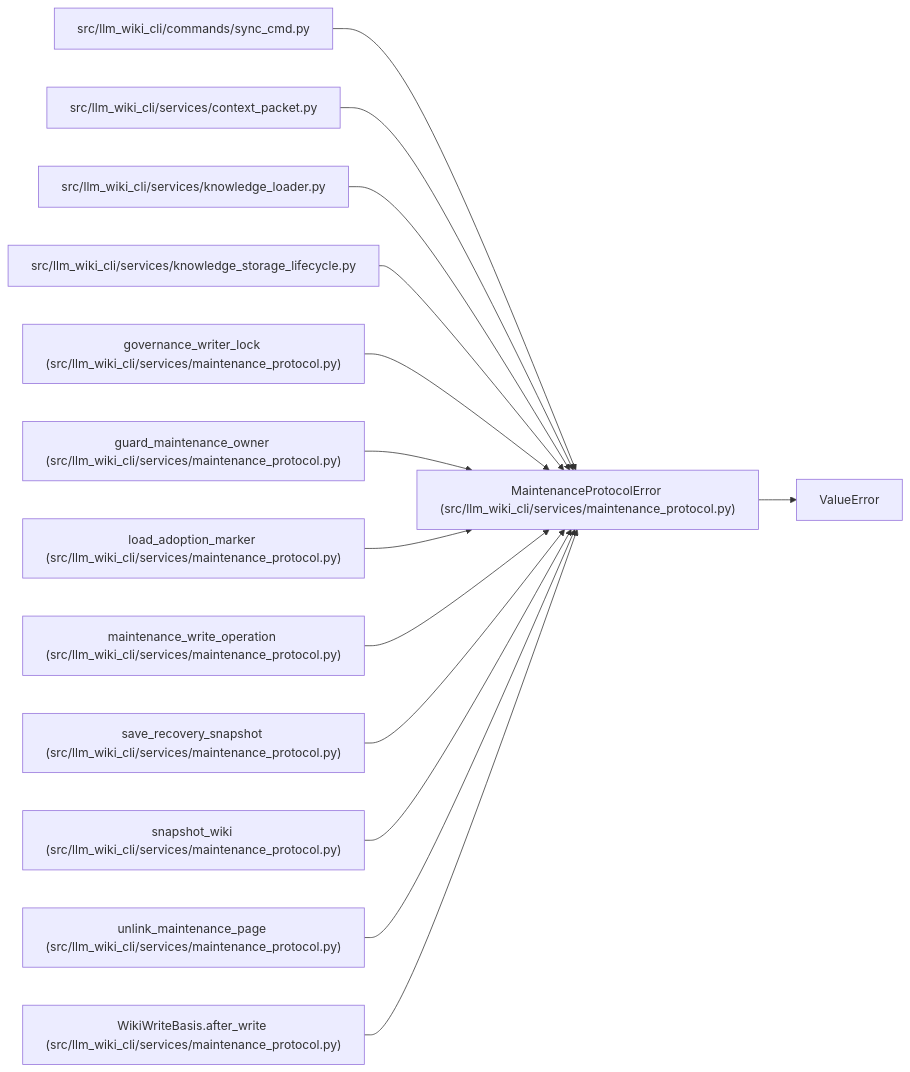
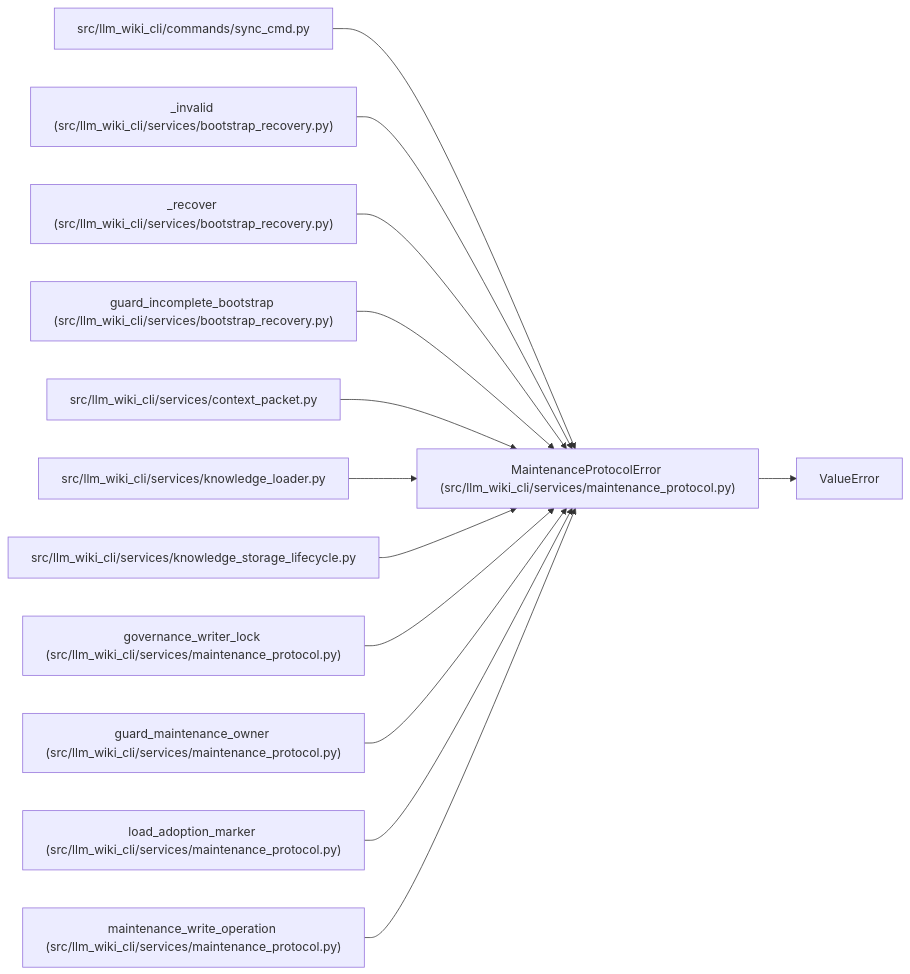
One commit to Denissvgn/python-wiki-llm changed the diagram in docs/llm_wiki/entities/MaintenanceProtocolError.md. Above: the diagram before and after it, drawn with Mermaid. The commit also changed other lines of this file and 303 other files, not shown here.

Commit message:
docs: refresh wiki for bootstrap recovery and helper validation

````diff
--- a/docs/llm_wiki/entities/MaintenanceProtocolError.md
+++ b/docs/llm_wiki/entities/MaintenanceProtocolError.md
@@ -25,43 +25,40 @@
 ```mermaid
 flowchart LR
     n0["MaintenanceProtocolError (src/llm_wiki_cli/services/maintenance_protocol.py)"]
     n1["ValueError"]
     n2["src/llm_wiki_cli/commands/sync_cmd.py"]
-    n3["src/llm_wiki_cli/services/context_packet.py"]
-    n4["src/llm_wiki_cli/services/knowledge_loader.py"]
-    n5["src/llm_wiki_cli/services/knowledge_storage_lifecycle.py"]
-    n6["governance_writer_lock (src/llm_wiki_cli/services/maintenance_protocol.py)"]
-    n7["guard_maintenance_owner (src/llm_wiki_cli/services/maintenance_protocol.py)"]
-    n8["load_adoption_marker (src/llm_wiki_cli/services/maintenance_protocol.py)"]
-    n9["maintenance_write_operation (src/llm_wiki_cli/services/maintenance_protocol.py)"]
-    n10["save_recovery_snapshot (src/llm_wiki_cli/services/maintenance_protocol.py)"]
-    n11["snapshot_wiki (src/llm_wiki_cli/services/maintenance_protocol.py)"]
-    n12["unlink_maintenance_page (src/llm_wiki_cli/services/maintenance_protocol.py)"]
-    n13["WikiWriteBasis.after_write (src/llm_wiki_cli/services/maintenance_protocol.py)"]
+    n3["_invalid (src/llm_wiki_cli/services/bootstrap_recovery.py)"]
+    n4["_recover (src/llm_wiki_cli/services/bootstrap_recovery.py)"]
+    n5["guard_incomplete_bootstrap (src/llm_wiki_cli/services/bootstrap_recovery.py)"]
+    n6["src/llm_wiki_cli/services/context_packet.py"]
+    n7["src/llm_wiki_cli/services/knowledge_loader.py"]
+    n8["src/llm_wiki_cli/services/knowledge_storage_lifecycle.py"]
+    n9["governance_writer_lock (src/llm_wiki_cli/services/maintenance_protocol.py)"]
+    n10["guard_maintenance_owner (src/llm_wiki_cli/services/maintenance_protocol.py)"]
+    n11["load_adoption_marker (src/llm_wiki_cli/services/maintenance_protocol.py)"]
+    n12["maintenance_write_operation (src/llm_wiki_cli/services/maintenance_protocol.py)"]
     n0 --> n1
     n2 --> n0
     n3 --> n0
     n4 --> n0
     n5 --> n0
     n6 --> n0
     n7 --> n0
     n8 --> n0
     n9 --> n0
     n10 --> n0
     n11 --> n0
     n12 --> n0
-    n13 --> n0
     click n0 "../modules/maintenance_protocol.md"
     click n2 "../modules/sync_cmd.md"
-    click n3 "../modules/context_packet.md"
-    click n4 "../modules/knowledge_loader.md"
-    click n5 "../modules/knowledge_storage_lifecycle.md"
-    click n6 "../modules/maintenance_protocol.md"
-    click n7 "../modules/maintenance_protocol.md"
-    click n8 "../modules/maintenance_protocol.md"
+    click n3 "../modules/bootstrap_recovery.md"
+    click n4 "../modules/bootstrap_recovery.md"
+    click n5 "../modules/bootstrap_recovery.md"
+    click n6 "../modules/context_packet.md"
+    click n7 "../modules/knowledge_loader.md"
+    click n8 "../modules/knowledge_storage_lifecycle.md"
     click n9 "../modules/maintenance_protocol.md"
     click n10 "../modules/maintenance_protocol.md"
     click n11 "../modules/maintenance_protocol.md"
     click n12 "../modules/maintenance_protocol.md"
-    click n13 "../modules/maintenance_protocol.md"
 ```
````
